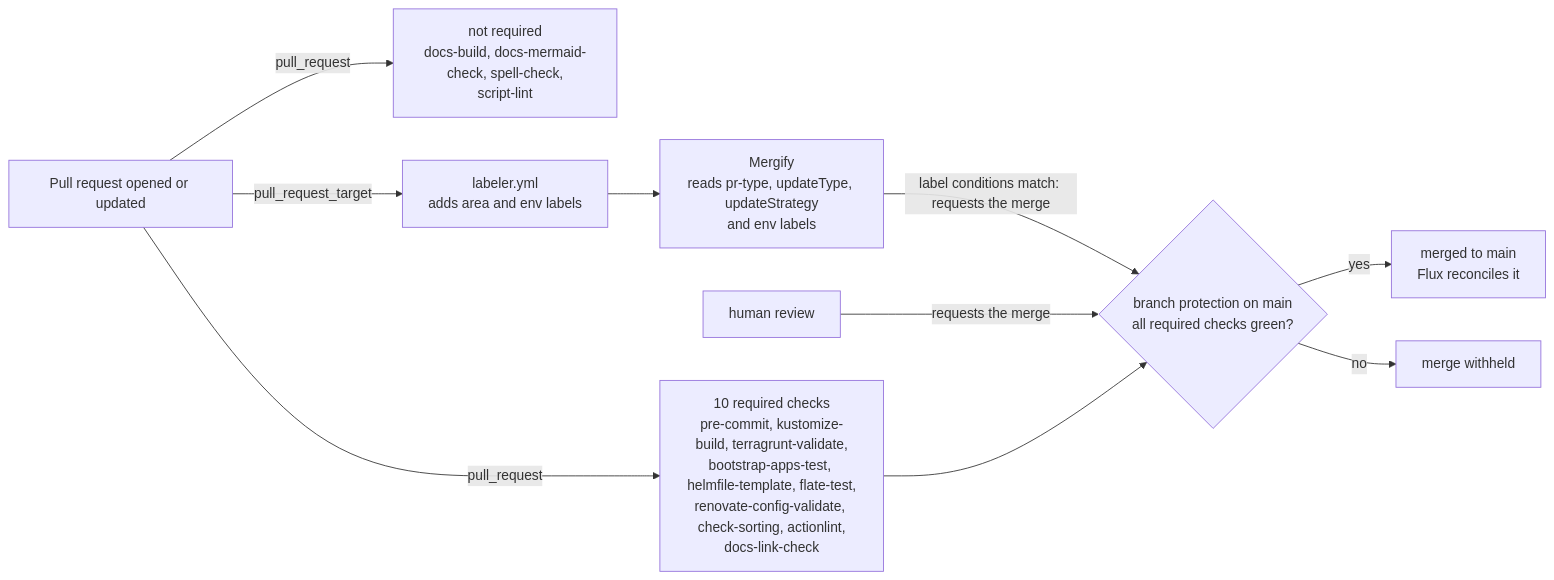
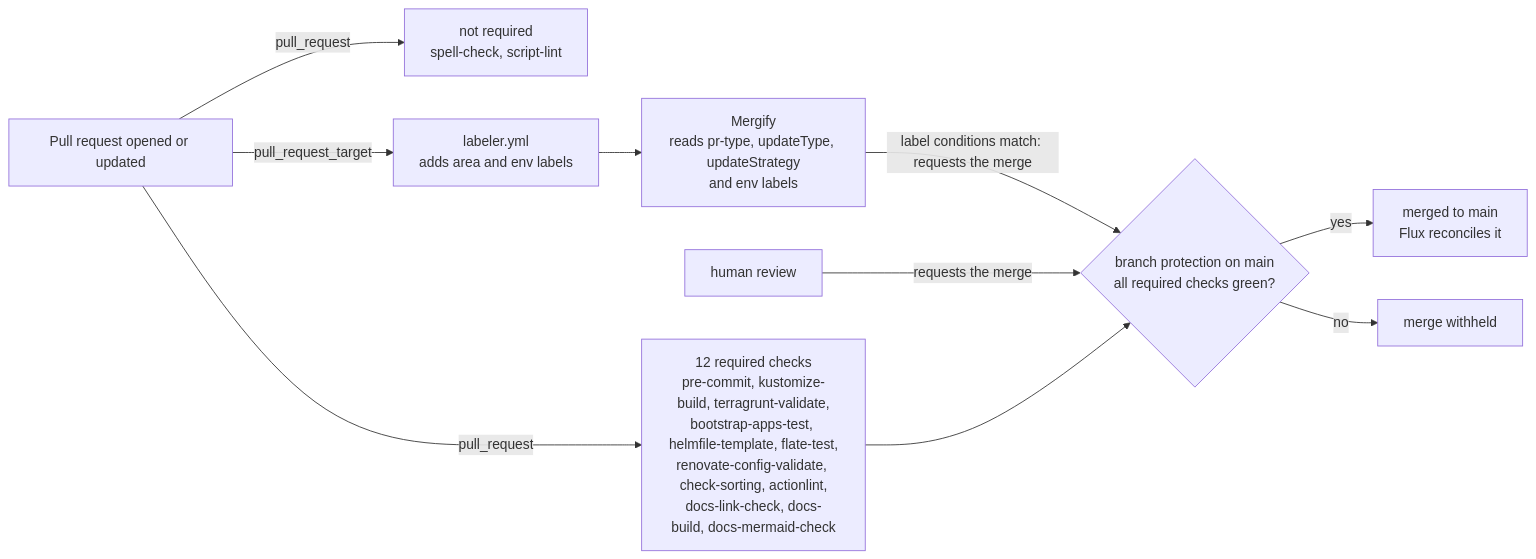
Before and after one commit to isejalabs/homelab: the diagram in docs/architecture/ci.md, drawn with Mermaid. The commit also changed other lines of this file and 2 other files, not shown here.

Commit message:
ci(docs): require docs-build and docs-mermaid-check
Gate docs-mermaid-check with a job-level path filter instead of a workflow-level paths: trigger, so a skipped run reports success and can be required without blocking unrelated PRs. Update the required-check list and count (ten to twelve) in AGENTS.md and docs/architecture/ci.md.

Claude-Session: https://claude.ai/code/session_01QD64Raj2CVr1ab1r2HGudK

````diff
--- a/docs/architecture/ci.md
+++ b/docs/architecture/ci.md
@@ -35,18 +35,18 @@
 ```mermaid
 flowchart LR
     accTitle: Pull request path through CI, labeling and Mergify
-    accDescr: A pull request triggers the 11 validation workflows and the docs mermaid check on the pull_request event, and the labeler workflow on pull_request_target. Ten of the validation workflows are required status checks, while docs-build, docs-mermaid-check, spell-check and the script-lint job of the pre-commit workflow are not. The labeler adds area and env labels that Mergify reads to decide whether it may merge a Renovate pull request. A human or Mergify can request the merge, and branch protection on main withholds it until every required check has passed.
+    accDescr: A pull request triggers the 12 validation workflows on the pull_request event, and the labeler workflow on pull_request_target. All 12 validation workflows are required status checks, while spell-check and the script-lint job of the pre-commit workflow are not. The labeler adds area and env labels that Mergify reads to decide whether it may merge a Renovate pull request. A human or Mergify can request the merge, and branch protection on main withholds it until every required check has passed.
 
     pr["Pull request opened or updated"]
 
-    pr -->|"pull_request"| required["10 required checks<br/>pre-commit, kustomize-build, terragrunt-validate,<br/>bootstrap-apps-test, helmfile-template, flate-test,<br/>renovate-config-validate, check-sorting, actionlint,<br/>docs-link-check"]
-    pr -->|"pull_request"| optional["not required<br/>docs-build, docs-mermaid-check, spell-check,<br/>script-lint"]
+    pr -->|"pull_request"| required["12 required checks<br/>pre-commit, kustomize-build, terragrunt-validate,<br/>bootstrap-apps-test, helmfile-template, flate-test,<br/>renovate-config-validate, check-sorting, actionlint,<br/>docs-link-check, docs-build, docs-mermaid-check"]
+    pr -->|"pull_request"| optional["not required<br/>spell-check, script-lint"]
     pr -->|"pull_request_target"| labeler["labeler.yml<br/>adds area and env labels"]
 
     labeler --> mergify["Mergify<br/>reads pr-type, updateType, updateStrategy<br/>and env labels"]
     mergify -->|"label conditions match: requests the merge"| gate
     human["human review"] -->|"requests the merge"| gate
     required --> gate{"branch protection on main<br/>all required checks green?"}
     gate -->|"yes"| main["merged to main<br/>Flux reconciles it"]
     gate -->|"no"| blocked["merge withheld"]
 ```
````
